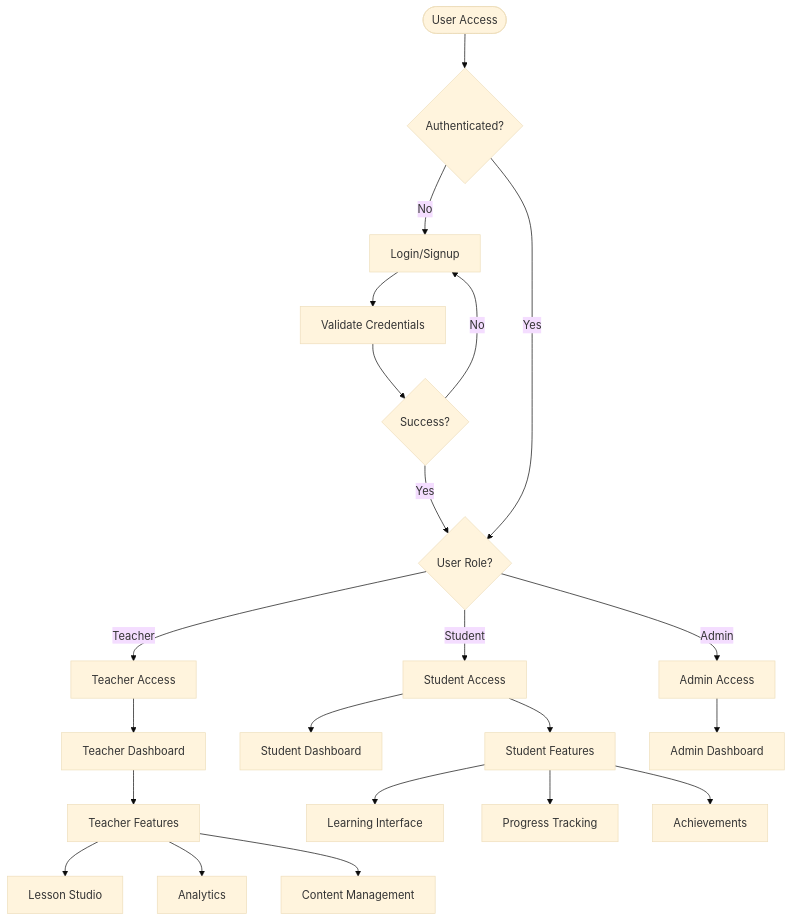
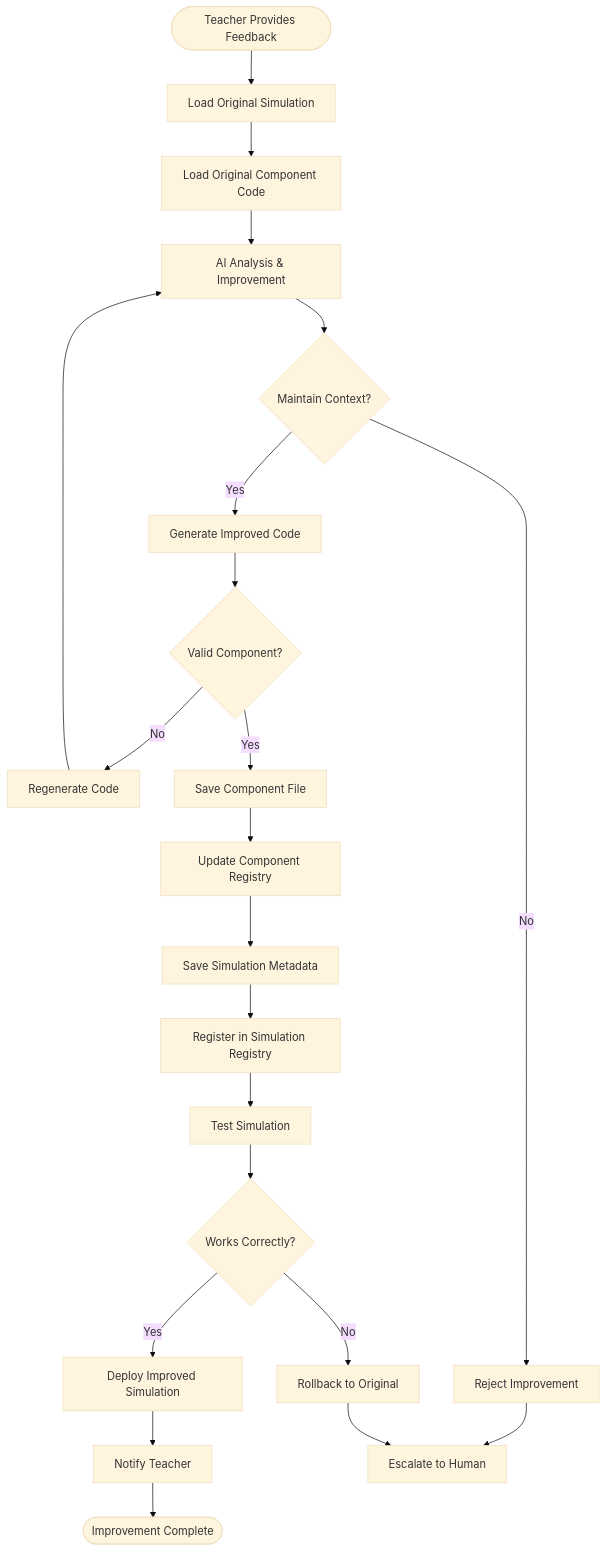
The ninth of 12 diagrams in Design.md (thetrungdtt/MathMind), drawn with Mermaid (base theme) before and after one commit. The commit also changed other lines of this file, not shown here.

````diff
--- a/Design.md
+++ b/Design.md
@@ -646,31 +1091,30 @@
 ```mermaid
 flowchart TD
-    Start([User Access]) --> Auth{Authenticated?}
+    Start([Teacher Provides Feedback]) --> LoadSim[Load Original Simulation]
+    LoadSim --> LoadCode[Load Original Component Code]
+    LoadCode --> AIImprove[AI Analysis & Improvement]
     
-    Auth -->|No| Login[Login/Signup]
-    Auth -->|Yes| Role{User Role?}
+    AIImprove --> ContextCheck{Maintain Context?}
+    ContextCheck -->|No| Reject[Reject Improvement]
+    ContextCheck -->|Yes| GenerateCode[Generate Improved Code]
     
-    Login --> Validate[Validate Credentials]
-    Validate --> Success{Success?}
-    Success -->|No| Login
-    Success -->|Yes| Role
+    GenerateCode --> ValidateCode{Valid Component?}
+    ValidateCode -->|No| Regenerate[Regenerate Code]
+    ValidateCode -->|Yes| SaveCode[Save Component File]
     
-    Role -->|Teacher| TAccess[Teacher Access]
-    Role -->|Student| SAccess[Student Access]
-    Role -->|Admin| AAccess[Admin Access]
+    SaveCode --> UpdateRegistry[Update Component Registry]
+    UpdateRegistry --> SaveMetadata[Save Simulation Metadata]
+    SaveMetadata --> RegisterSim[Register in Simulation Registry]
     
-    TAccess --> TDash[Teacher Dashboard]
-    SAccess --> SDash[Student Dashboard]
-    AAccess --> ADash[Admin Dashboard]
+    RegisterSim --> TestSim[Test Simulation]
+    TestSim --> Success{Works Correctly?}
+    Success -->|No| Rollback[Rollback to Original]
+    Success -->|Yes| Deploy[Deploy Improved Simulation]
     
-    TDash --> TFeatures[Teacher Features]
-    SAccess --> SFeatures[Student Features]
+    Deploy --> Notify[Notify Teacher]
+    Notify --> End([Improvement Complete])
     
-    TFeatures --> Studio[Lesson Studio]
-    TFeatures --> Analytics[Analytics]
-    TFeatures --> Marketplace[Content Management]
-    
-    SFeatures --> Learning[Learning Interface]
-    SFeatures --> Progress[Progress Tracking]
-    SFeatures --> Achievements[Achievements]
+    Reject --> Escalate[Escalate to Human]
+    Regenerate --> AIImprove
+    Rollback --> Escalate
 ```
````
